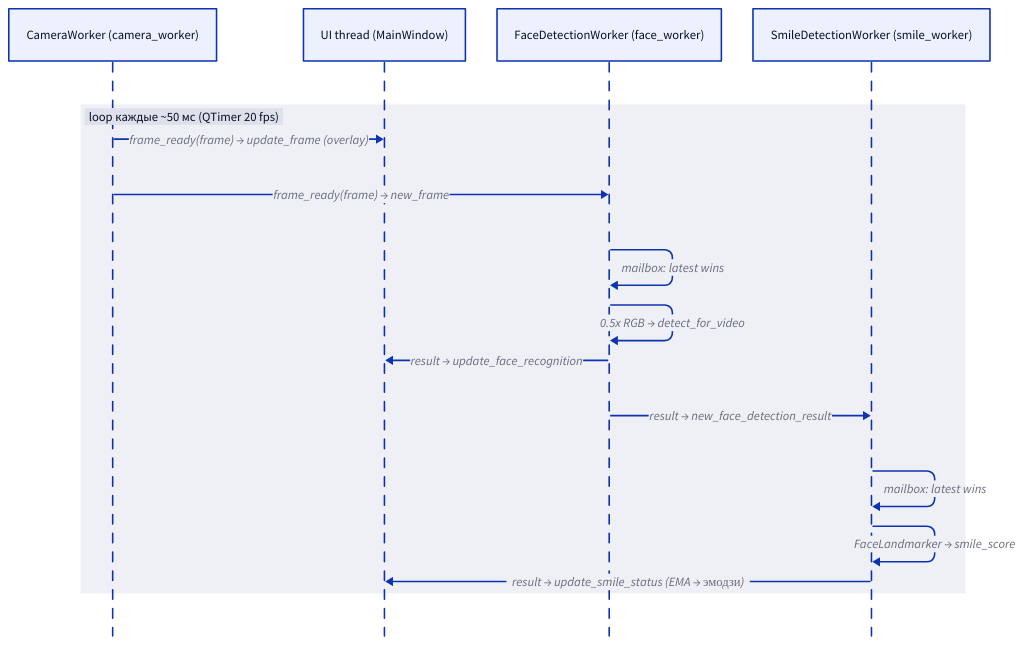
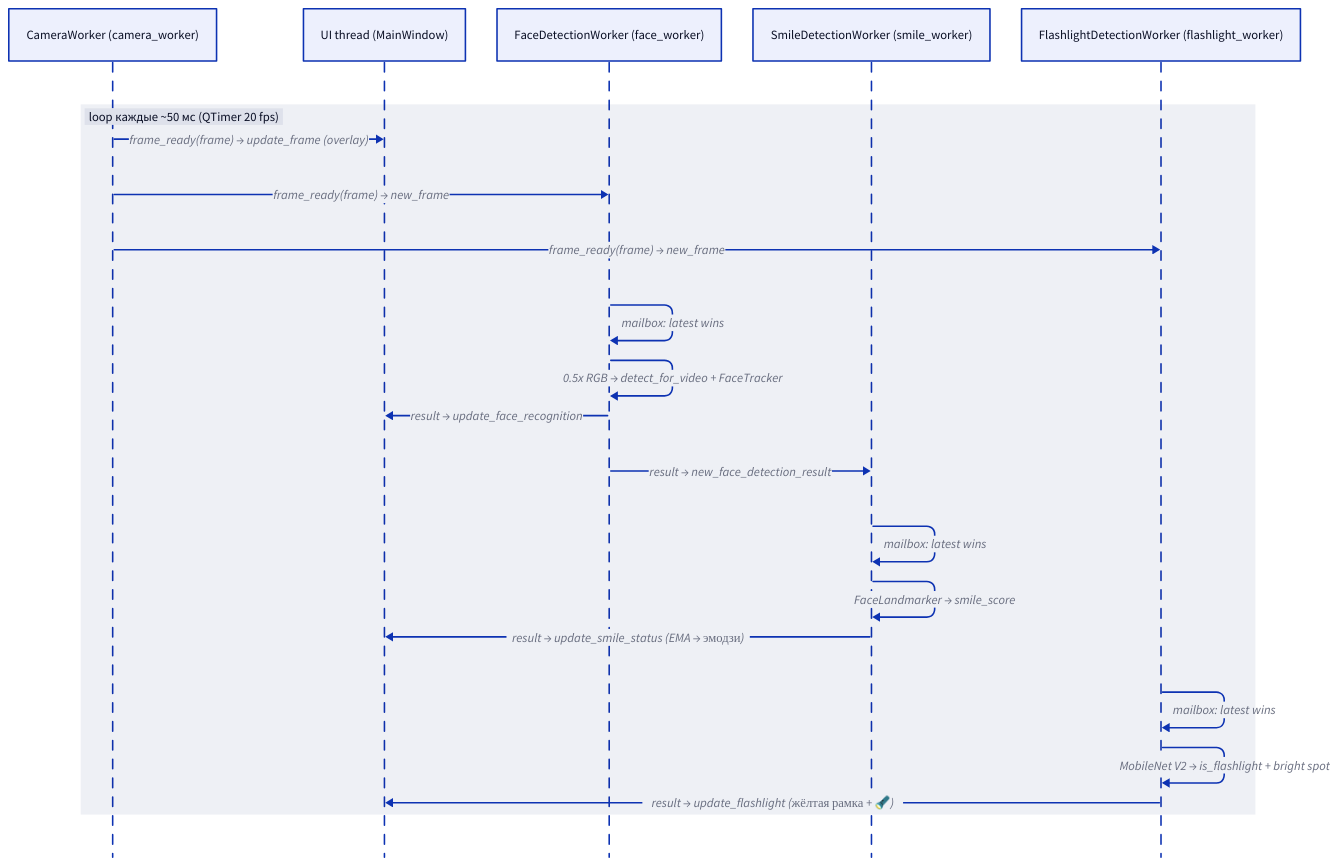
The diagram in docs/realtime_loop.d2 (dmi3s/smile), drawn with D2 before and after one commit. The commit also changed 11 other files, not shown here.

Commit message:
DOC: docs/ARCHITECTURE.md + Typst/D2 — four threads, tracking, flashlight

```diff
--- a/docs/realtime_loop.d2
+++ b/docs/realtime_loop.d2
@@ -1,19 +1,24 @@
 #direction: right
 shape: sequence_diagram
 
 camera: CameraWorker (camera_worker)
 ui: UI thread (MainWindow)
 face: FaceDetectionWorker (face_worker)
 smile: SmileDetectionWorker (smile_worker)
+flashlight: FlashlightDetectionWorker (flashlight_worker)
 
 loop каждые ~50 мс (QTimer 20 fps) {
   camera -> ui: frame_ready(frame) → update_frame (overlay)
   camera -> face: frame_ready(frame) → new_frame
+  camera -> flashlight: frame_ready(frame) → new_frame
   face -> face: mailbox: latest wins
-  face -> face: 0.5x RGB → detect_for_video
+  face -> face: 0.5x RGB → detect_for_video + FaceTracker
   face -> ui: result → update_face_recognition
   face -> smile: result → new_face_detection_result
   smile -> smile: mailbox: latest wins
   smile -> smile: FaceLandmarker → smile_score
   smile -> ui: result → update_smile_status (EMA → эмодзи)
+  flashlight -> flashlight: mailbox: latest wins
+  flashlight -> flashlight: MobileNet V2 → is_flashlight + bright spot
+  flashlight -> ui: result → update_flashlight (жёлтая рамка + 🔦)
 }
```
